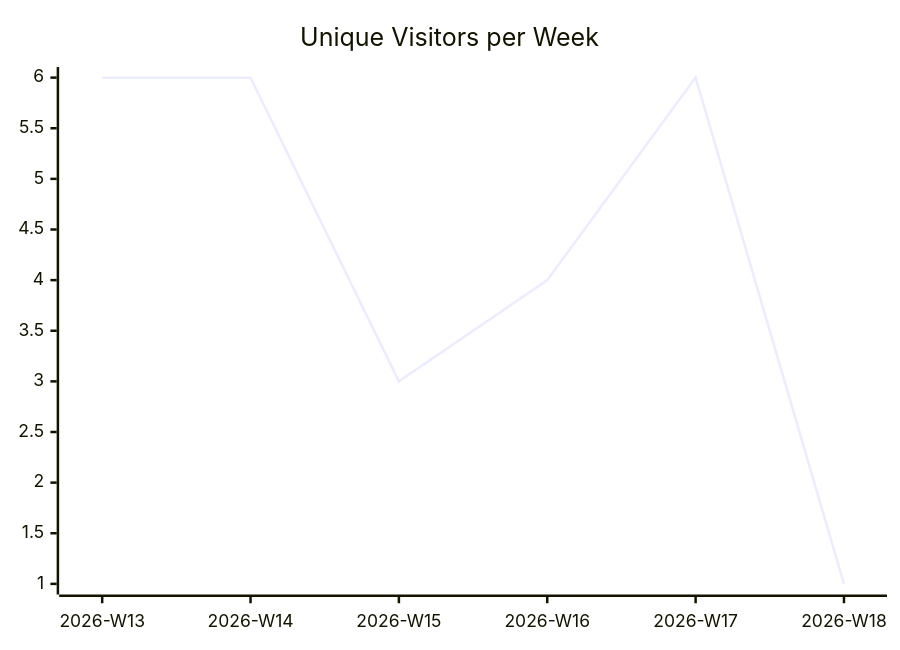
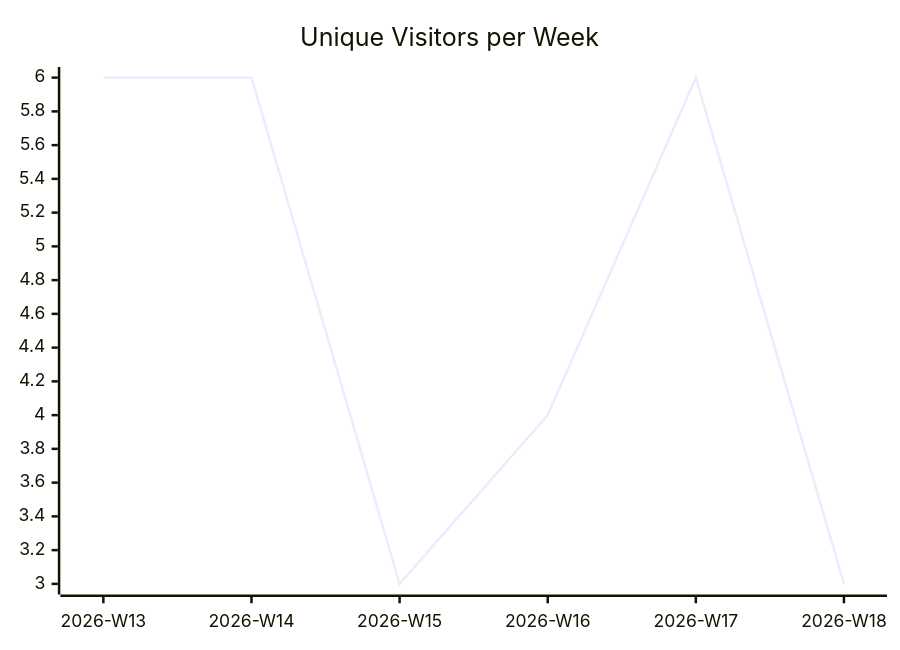
Before and after one commit to justdavis-family/github-analytics-data: the first of 3 diagrams in karlmdavis/ksoap2-android/README.md, drawn with Mermaid. The commit also changed other lines of this file and 184 other files, not shown here.

````diff
--- a/karlmdavis/ksoap2-android/README.md
+++ b/karlmdavis/ksoap2-android/README.md
@@ -5,6 +5,6 @@
 ```mermaid
 xychart-beta
   title "Unique Visitors per Week"
   x-axis ["2026-W13", "2026-W14", "2026-W15", "2026-W16", "2026-W17", "2026-W18"]
-  line [6, 6, 3, 4, 6, 1]
+  line [6, 6, 3, 4, 6, 3]
 ```
````
